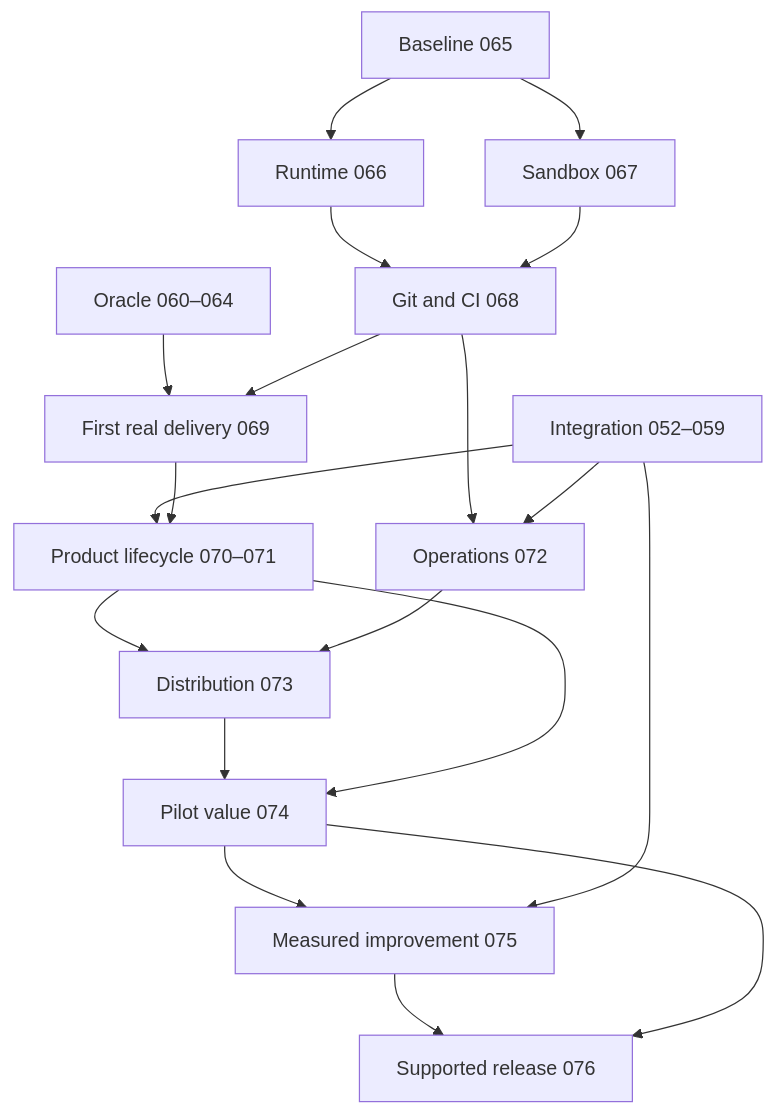
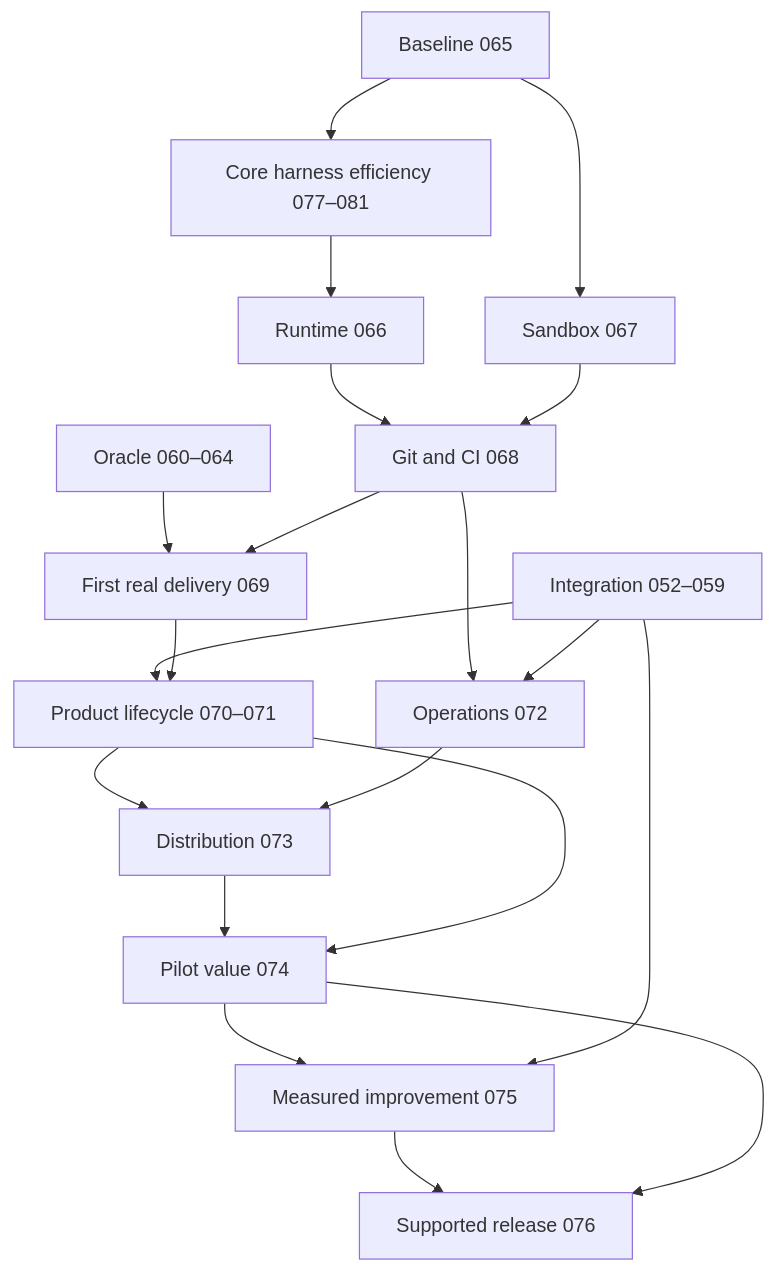
Before and after one commit to vhwg06/ExHarness: the diagram in docs/blackboard/process/delivery-product-roadmap.md, drawn with Mermaid. The commit also changed other lines of this file, not shown here.

Commit message:
research: integrate async Core phase into delivery roadmap

````diff
--- a/docs/blackboard/process/delivery-product-roadmap.md
+++ b/docs/blackboard/process/delivery-product-roadmap.md
@@ -56,21 +60,22 @@
 ```mermaid
 flowchart TD
   I["Integration 052–059"] --> L["Product lifecycle 070–071"]
   O["Oracle 060–064"] --> V["First real delivery 069"]
-  B["Baseline 065"] --> R["Runtime 066"]
+  B["Baseline 065"] --> H["Core harness efficiency 077–081"]
+  H --> R["Runtime 066"]
   B --> S["Sandbox 067"]
   R --> G["Git and CI 068"]
   S --> G
   G --> V
   V --> L
   G --> OP["Operations 072"]
   I --> OP
   L --> D["Distribution 073"]
   OP --> D
   D --> P["Pilot value 074"]
   L --> P
   P --> E["Measured improvement 075"]
   I --> E
   E --> GA["Supported release 076"]
   P --> GA
 ```
````
